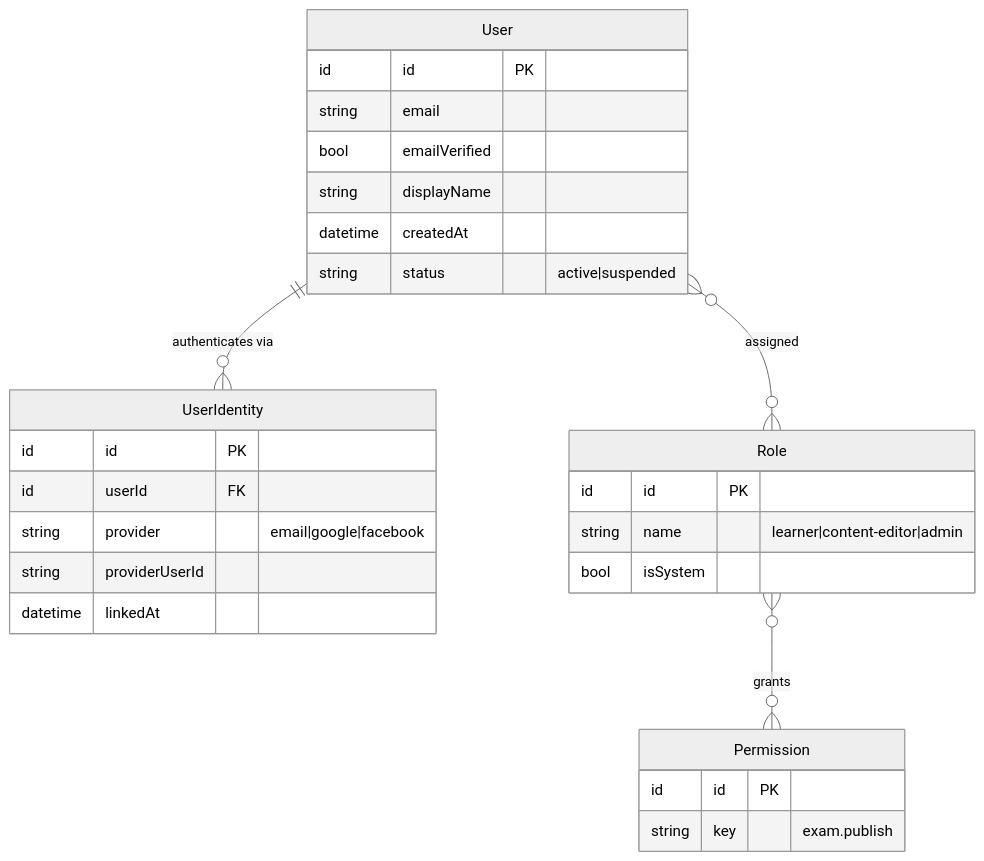
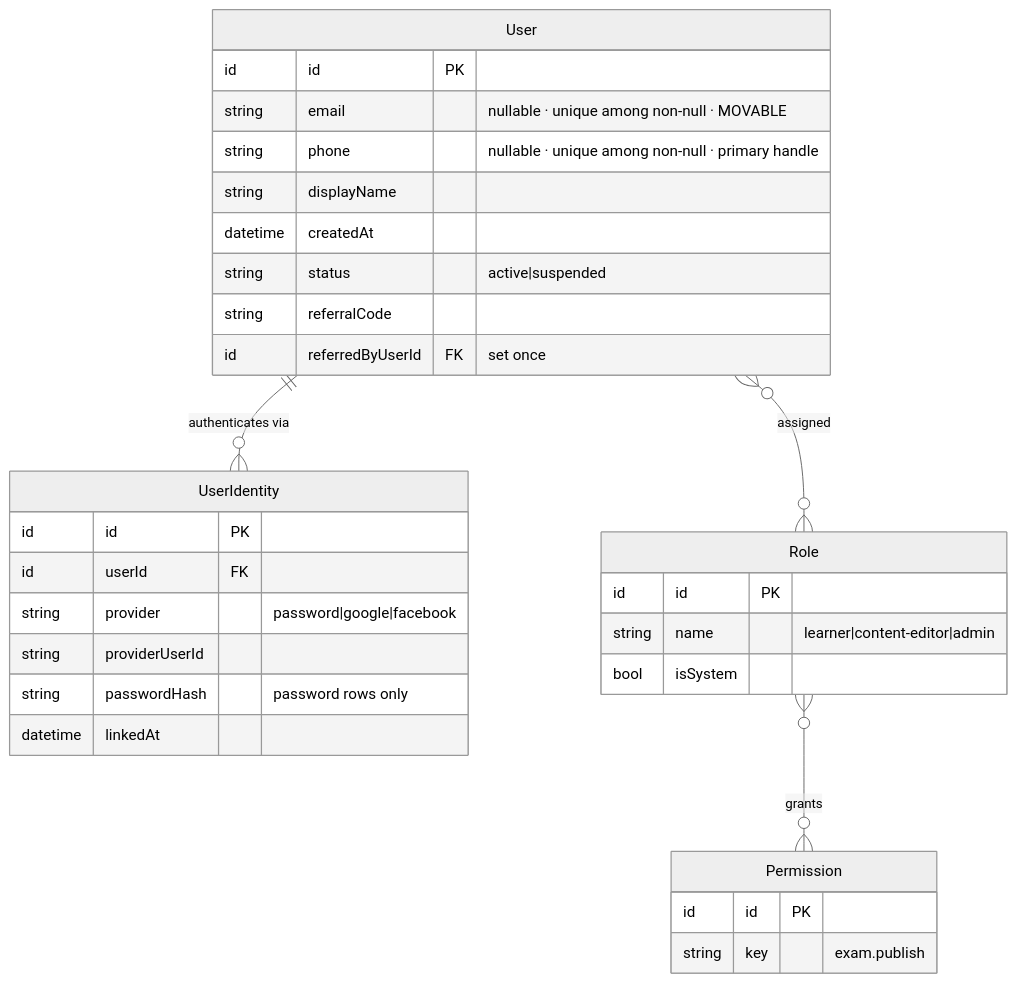
Before and after one commit to thang-dev-aptech/vni-ielts-ai: the second of 8 diagrams in docs/domain/domain-model.md, drawn with Mermaid (neutral theme). The commit also changed other lines of this file and 390 other files, not shown here.

````diff
--- a/docs/domain/domain-model.md
+++ b/docs/domain/domain-model.md
@@ -240,31 +240,34 @@
 ```mermaid
 erDiagram
     User ||--o{ UserIdentity : "authenticates via"
     User }o--o{ Role : "assigned"
     Role }o--o{ Permission : "grants"
 
     User {
         id id PK
-        string email
-        bool emailVerified
+        string email "nullable · unique among non-null · MOVABLE"
+        string phone "nullable · unique among non-null · primary handle"
         string displayName
         datetime createdAt
         string status "active|suspended"
+        string referralCode
+        id referredByUserId FK "set once"
     }
     UserIdentity {
         id id PK
         id userId FK
-        string provider "email|google|facebook"
+        string provider "password|google|facebook"
         string providerUserId
+        string passwordHash "password rows only"
         datetime linkedAt
     }
     Role {
         id id PK
         string name "learner|content-editor|admin"
         bool isSystem
     }
     Permission {
         id id PK
         string key "exam.publish"
     }
 ```
````
